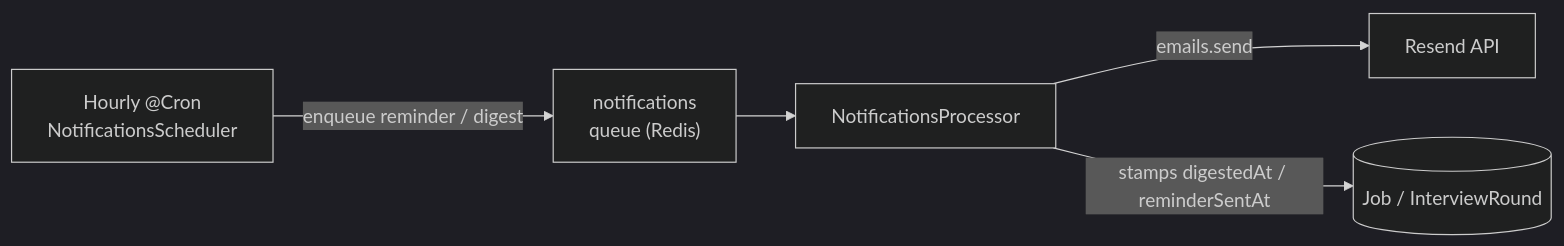
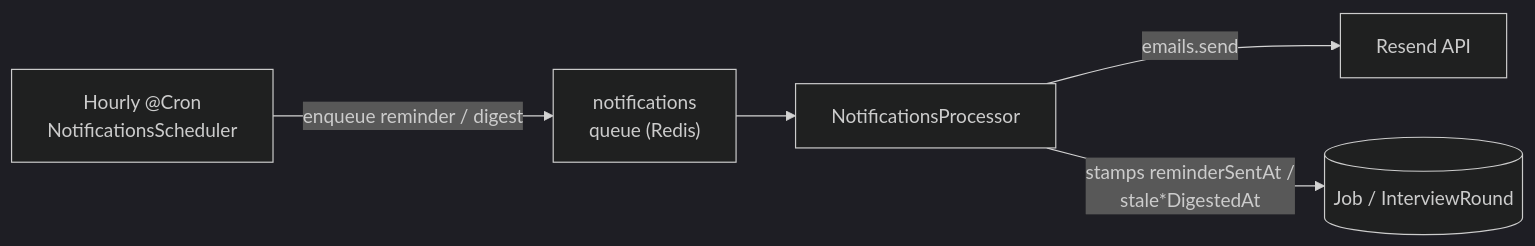
Before and after one commit to muhammadasif2017/job-tracker: the seventh of 9 diagrams in docs/architecture.md, drawn with Mermaid (dark theme). The commit also changed other lines of this file and 2 other files, not shown here.

Commit message:
Add UML state and sequence diagrams (#392)
* Add UML state and sequence diagrams

* Avoid braces in UML diagram labels

````diff
--- a/docs/architecture.md
+++ b/docs/architecture.md
@@ -196,7 +196,7 @@
 ```mermaid
 flowchart LR
     CRON["Hourly @Cron<br/>NotificationsScheduler"] -->|"enqueue reminder / digest"| NQ["notifications<br/>queue (Redis)"]
     NQ --> NP[NotificationsProcessor]
     NP -->|emails.send| RESEND[Resend API]
-    NP -->|"stamps digestedAt / reminderSentAt"| JOBROW[(Job / InterviewRound)]
+    NP -->|"stamps reminderSentAt /<br/>stale*DigestedAt"| JOBROW[(Job / InterviewRound)]
 ```
````
